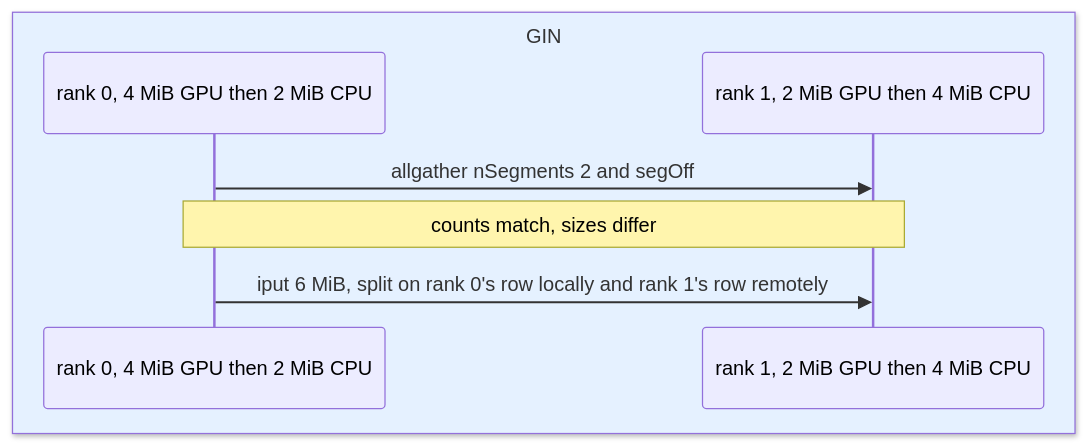
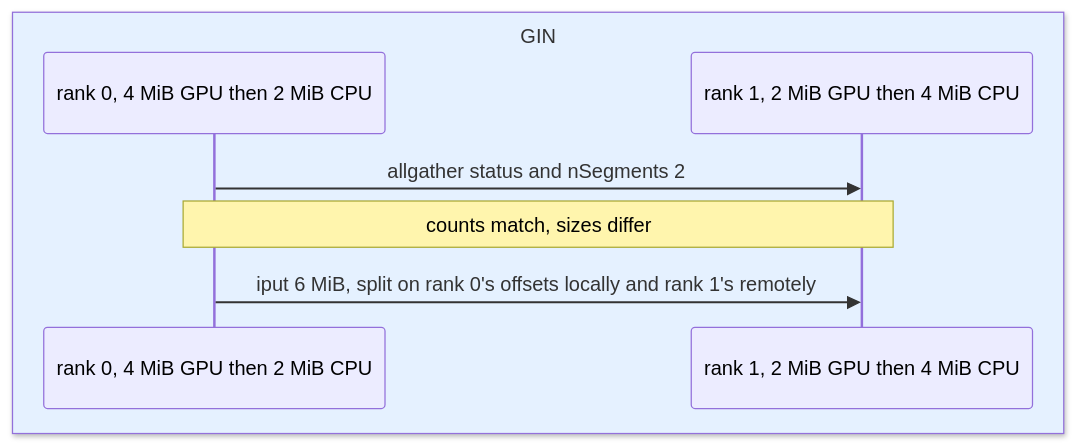
Before and after one commit to ROCm/rocm-systems: the first of 6 diagrams in projects/rccl/docs/design/multi_segment_gin_rma.md, drawn with Mermaid. The commit also changed other lines of this file and 16 other files, not shown here.

````diff
--- a/projects/rccl/docs/design/multi_segment_gin_rma.md
+++ b/projects/rccl/docs/design/multi_segment_gin_rma.md
@@ -11,11 +14,11 @@
 ```mermaid
 %% caption: Two ranks with equal segment counts but different segment sizes
 sequenceDiagram
  box rgb(229,241,255) GIN
  participant R0 as rank 0, 4 MiB GPU then 2 MiB CPU
  participant R1 as rank 1, 2 MiB GPU then 4 MiB CPU
  end
- R0->>R1: allgather nSegments 2 and segOff
+ R0->>R1: allgather status and nSegments 2
  Note over R0,R1: counts match, sizes differ
- R0->>R1: iput 6 MiB, split on rank 0's row locally and rank 1's row remotely
+ R0->>R1: iput 6 MiB, split on rank 0's offsets locally and rank 1's remotely
 ```
````
